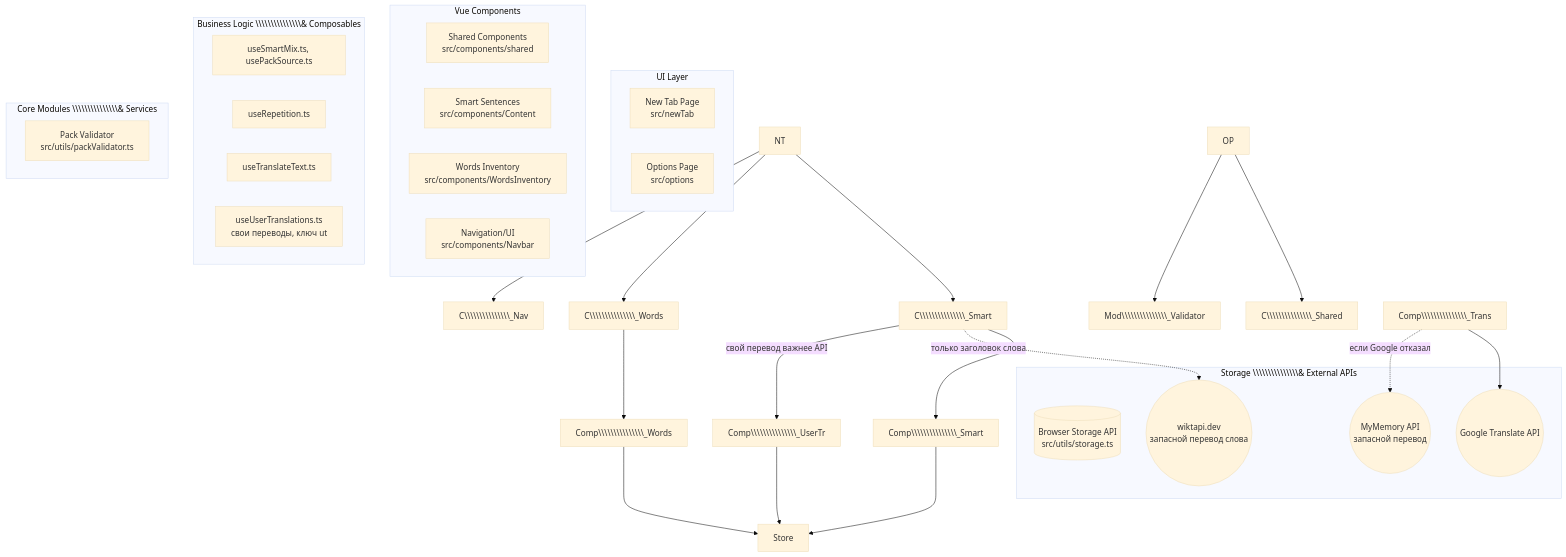
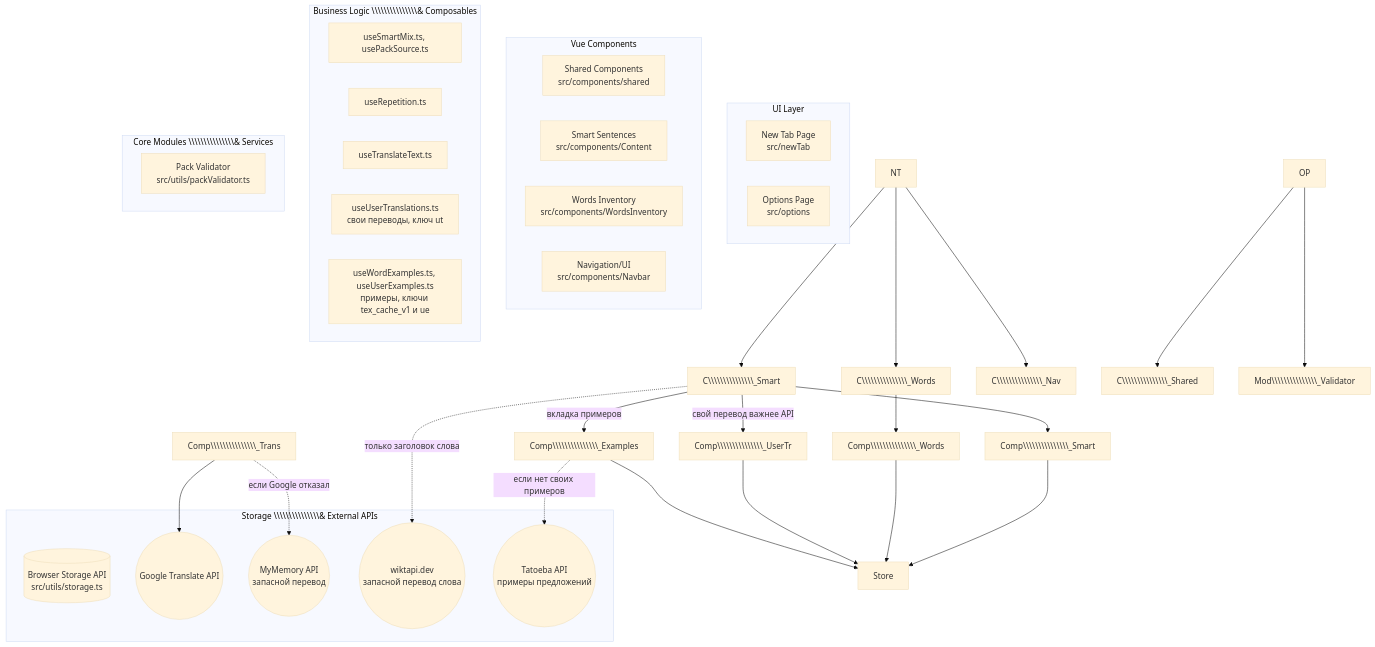
The diagram in ARCHITECTURE.md (KyriosGrey/LingoTab), drawn with Mermaid (base theme) before and after one commit. The commit also changed other lines of this file and 31 other files, not shown here.

First line of the commit message:
Release 2.9.2: usage examples from Tatoeba and your own examples

````diff
--- a/ARCHITECTURE.md
+++ b/ARCHITECTURE.md
@@ -141,50 +150,55 @@
 ```mermaid
 graph TD
     subgraph UI Layer
         NT\\\\\\\\\\\\\\\[New Tab Page<br/>src/newTab]
         OP\\\\\\\\\\\\\\\[Options Page<br/>src/options]
     end
 
     subgraph Vue Components
         C\\\\\\\\\\\\\\\_Shared\\\\\\\\\\\\\\\[Shared Components<br/>src/components/shared]
         C\\\\\\\\\\\\\\\_Smart\\\\\\\\\\\\\\\[Smart Sentences<br/>src/components/Content]
         C\\\\\\\\\\\\\\\_Words\\\\\\\\\\\\\\\[Words Inventory<br/>src/components/WordsInventory]
         C\\\\\\\\\\\\\\\_Nav\\\\\\\\\\\\\\\[Navigation/UI<br/>src/components/Navbar]
     end
 
     subgraph Business Logic \\\\\\\\\\\\\\\& Composables
         Comp\\\\\\\\\\\\\\\_Smart\\\\\\\\\\\\\\\[useSmartMix.ts, usePackSource.ts]
         Comp\\\\\\\\\\\\\\\_Words\\\\\\\\\\\\\\\[useRepetition.ts]
         Comp\\\\\\\\\\\\\\\_Trans\\\\\\\\\\\\\\\[useTranslateText.ts]
         Comp\\\\\\\\\\\\\\\_UserTr\\\\\\\\\\\\\\\[useUserTranslations.ts<br/>свои переводы, ключ ut]
+        Comp\\\\\\\\\\\\\\\_Examples\\\\\\\\\\\\\\\[useWordExamples.ts, useUserExamples.ts<br/>примеры, ключи tex_cache_v1 и ue]
     end
 
     subgraph Core Modules \\\\\\\\\\\\\\\& Services
         Mod\\\\\\\\\\\\\\\_Validator\\\\\\\\\\\\\\\[Pack Validator<br/>src/utils/packValidator.ts]
     end
 
     subgraph Storage \\\\\\\\\\\\\\\& External APIs
         Store\\\\\\\\\\\\\\\[(Browser Storage API<br/>src/utils/storage.ts)]
         GTrans((Google Translate API))
         MyMem((MyMemory API<br/>запасной перевод))
         Wikt((wiktapi.dev<br/>запасной перевод слова))
+        Tatoeba((Tatoeba API<br/>примеры предложений))
     end
 
     NT --> C\\\\\\\\\\\\\\\_Smart
     NT --> C\\\\\\\\\\\\\\\_Words
     NT --> C\\\\\\\\\\\\\\\_Nav
     
     OP --> C\\\\\\\\\\\\\\\_Shared
     OP --> Mod\\\\\\\\\\\\\\\_Validator
     
     C\\\\\\\\\\\\\\\_Smart --> Comp\\\\\\\\\\\\\\\_Smart
     C\\\\\\\\\\\\\\\_Words --> Comp\\\\\\\\\\\\\\\_Words
     
     Comp\\\\\\\\\\\\\\\_Smart --> Store
     Comp\\\\\\\\\\\\\\\_Words --> Store
     Comp\\\\\\\\\\\\\\\_Trans --> GTrans
     Comp\\\\\\\\\\\\\\\_Trans -.->|если Google отказал| MyMem
     C\\\\\\\\\\\\\\\_Smart -.->|только заголовок слова| Wikt
     C\\\\\\\\\\\\\\\_Smart -->|свой перевод важнее API| Comp\\\\\\\\\\\\\\\_UserTr
     Comp\\\\\\\\\\\\\\\_UserTr --> Store
+    C\\\\\\\\\\\\\\\_Smart -->|вкладка примеров| Comp\\\\\\\\\\\\\\\_Examples
+    Comp\\\\\\\\\\\\\\\_Examples -.->|если нет своих примеров| Tatoeba
+    Comp\\\\\\\\\\\\\\\_Examples --> Store
 ```
````
